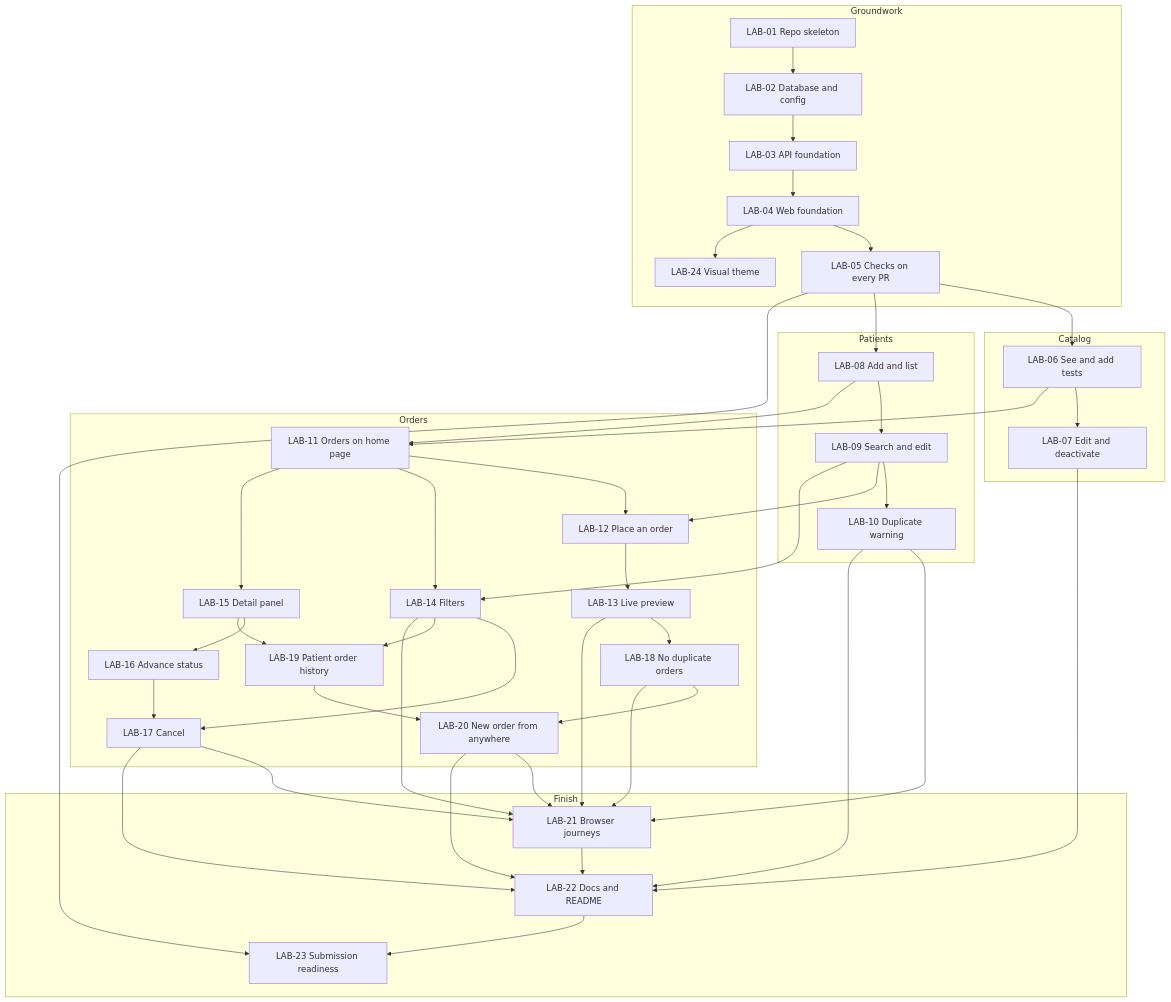
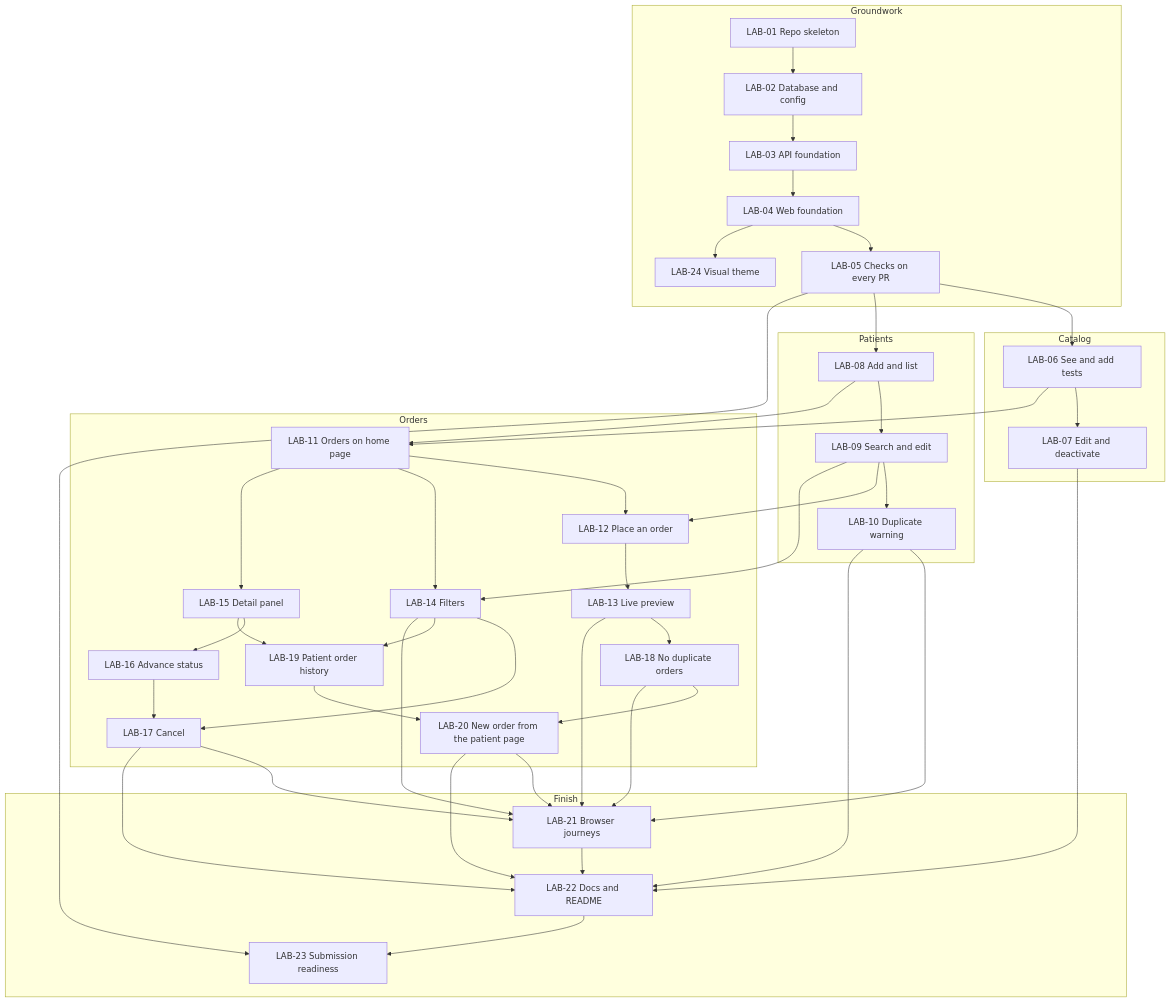
The diagram in docs/plan/README.md (spencerolsen/eh-lab-orders-lite), drawn with Mermaid before and after one commit. The commit also changed other lines of this file and 12 other files, not shown here.

````diff
--- a/docs/plan/README.md
+++ b/docs/plan/README.md
@@ -76,57 +76,57 @@
 ```mermaid
 flowchart TD
   subgraph Groundwork
     L01[LAB-01 Repo skeleton] --> L02[LAB-02 Database and config]
     L02 --> L03[LAB-03 API foundation]
     L03 --> L04[LAB-04 Web foundation]
     L04 --> L05[LAB-05 Checks on every PR]
     L04 --> L24[LAB-24 Visual theme]
   end
 
   subgraph Catalog
     L06[LAB-06 See and add tests] --> L07[LAB-07 Edit and deactivate]
   end
 
   subgraph Patients
     L08[LAB-08 Add and list] --> L09[LAB-09 Search and edit]
     L09 --> L10[LAB-10 Duplicate warning]
   end
 
   subgraph Orders
     L11[LAB-11 Orders on home page] --> L12[LAB-12 Place an order]
     L12 --> L13[LAB-13 Live preview]
     L13 --> L18[LAB-18 No duplicate orders]
     L11 --> L14[LAB-14 Filters]
     L11 --> L15[LAB-15 Detail panel]
     L15 --> L16[LAB-16 Advance status]
     L16 --> L17[LAB-17 Cancel]
     L14 --> L17
     L14 --> L19[LAB-19 Patient order history]
     L15 --> L19
-    L18 --> L20[LAB-20 New order from anywhere]
+    L18 --> L20[LAB-20 New order from the patient page]
     L19 --> L20
   end
 
   subgraph Finish
     L21[LAB-21 Browser journeys] --> L22[LAB-22 Docs and README]
     L22 --> L23[LAB-23 Submission readiness]
   end
 
   L05 --> L06
   L05 --> L08
   L06 --> L11
   L08 --> L11
   L09 --> L12
   L09 --> L14
   L10 --> L21
   L13 --> L21
   L14 --> L21
   L17 --> L21
   L18 --> L21
   L20 --> L21
   L07 --> L22
   L10 --> L22
   L17 --> L22
   L20 --> L22
   L05 --> L23
 ```
````
